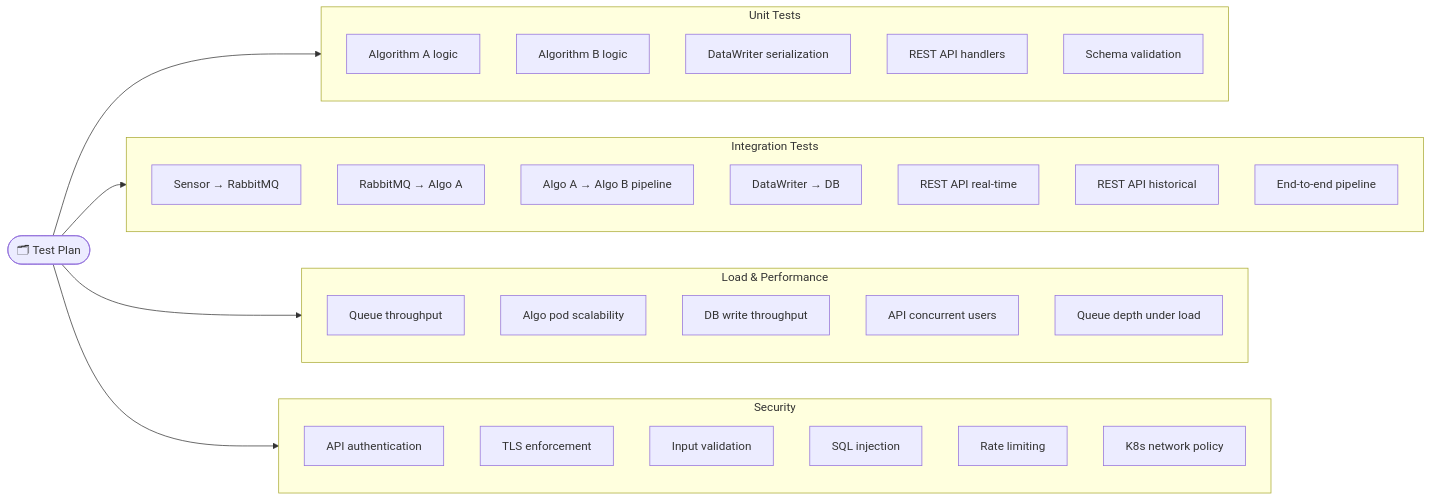
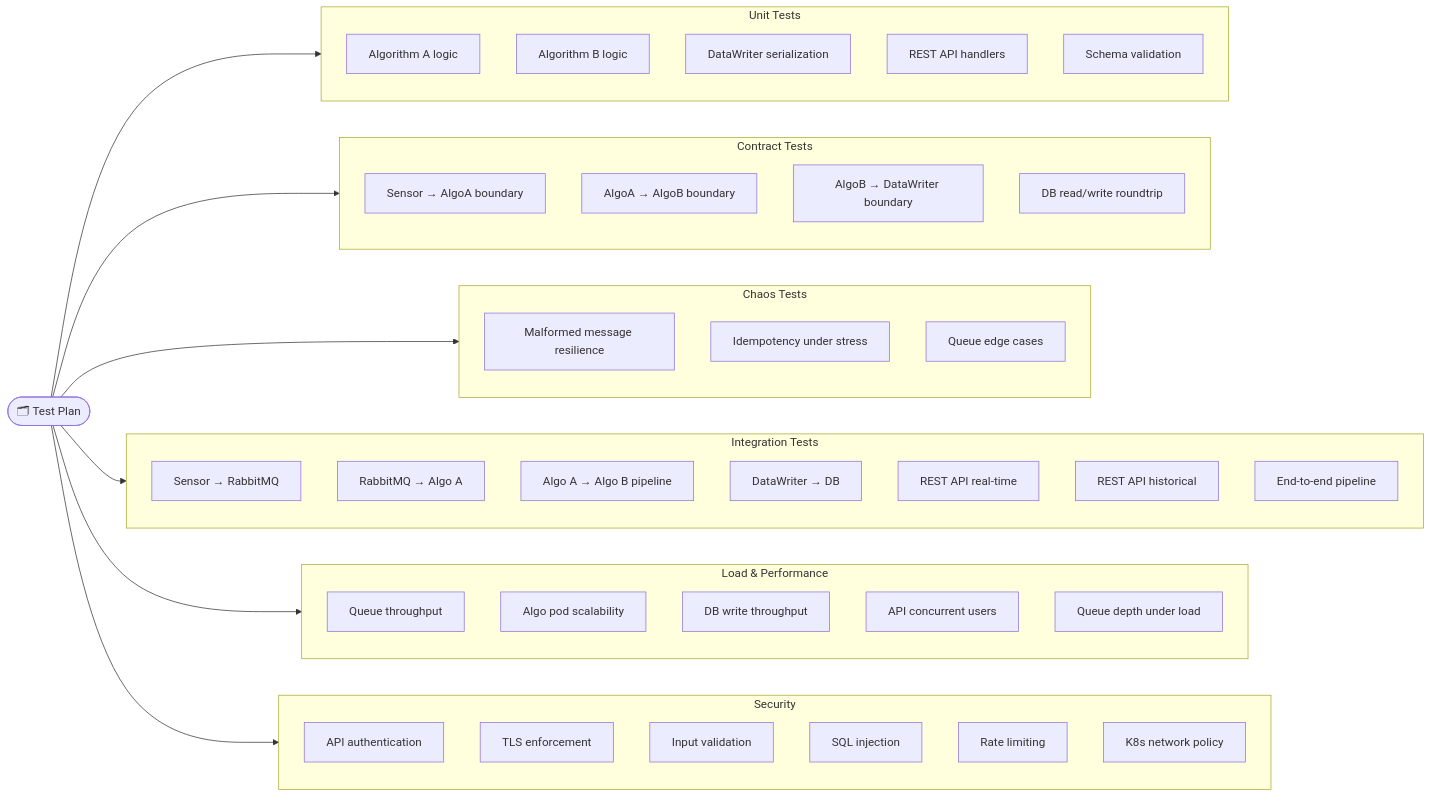
One commit to dordikman/Automation-QA-Home-Assignment- changed the second of 4 diagrams in design.md. Above: the diagram before and after it, drawn with Mermaid. The commit also changed other lines of this file, not shown here.

````diff
--- a/design.md
+++ b/design.md
@@ -170,44 +310,59 @@
 ```mermaid
 flowchart LR
     TP(["🗂 Test Plan"])
 
     subgraph UT ["Unit Tests"]
         UA["Algorithm A logic"]
         UB["Algorithm B logic"]
         UD["DataWriter serialization"]
         UR["REST API handlers"]
         US["Schema validation"]
+    end
+
+    subgraph CT ["Contract Tests"]
+        C1["Sensor → AlgoA boundary"]
+        C2["AlgoA → AlgoB boundary"]
+        C3["AlgoB → DataWriter boundary"]
+        C4["DB read/write roundtrip"]
+    end
+
+    subgraph CH ["Chaos Tests"]
+        CH1["Malformed message resilience"]
+        CH2["Idempotency under stress"]
+        CH3["Queue edge cases"]
     end
 
     subgraph IT ["Integration Tests"]
         IS["Sensor → RabbitMQ"]
         IA["RabbitMQ → Algo A"]
         IAB["Algo A → Algo B pipeline"]
         ID["DataWriter → DB"]
         IR["REST API real-time"]
         IH["REST API historical"]
         IE["End-to-end pipeline"]
     end
 
     subgraph LP ["Load & Performance"]
         LQ["Queue throughput"]
         LS["Algo pod scalability"]
         LD["DB write throughput"]
         LA["API concurrent users"]
         LQD["Queue depth under load"]
     end
 
     subgraph ST ["Security"]
         SA["API authentication"]
         TL["TLS enforcement"]
         IV["Input validation"]
         SI["SQL injection"]
         RL["Rate limiting"]
         KN["K8s network policy"]
     end
 
     TP --> UT
+    TP --> CT
+    TP --> CH
     TP --> IT
     TP --> LP
     TP --> ST
 ```
````
